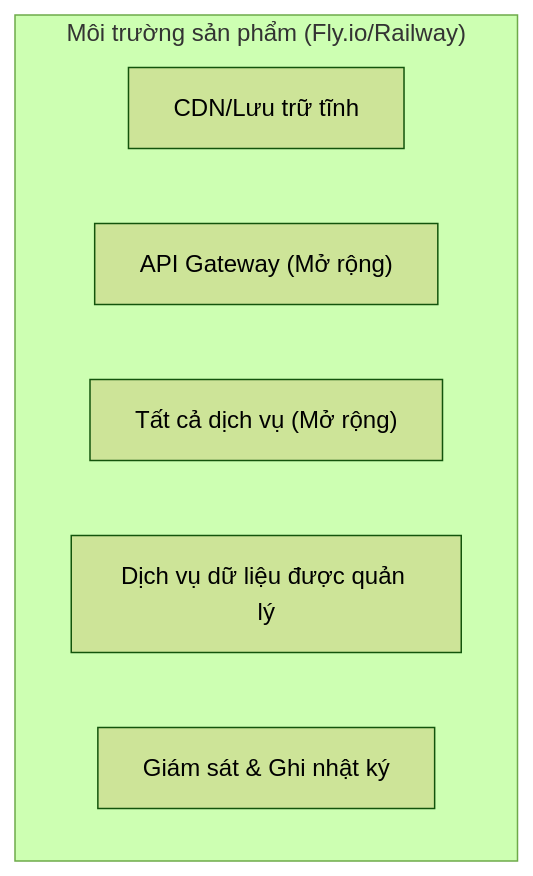
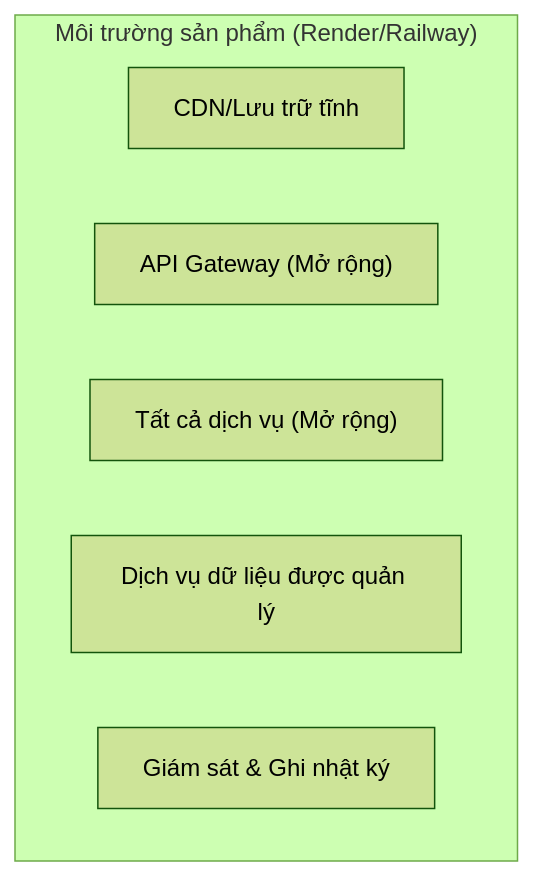
Before and after one commit to dut-pbl6-2026/job-platform-docs: the seventh of 11 diagrams in docs/srs/vi/8-system-architecture.vi.md, drawn with Mermaid (forest theme). The commit also changed other lines of this file and 11 other files, not shown here.

First line of the commit message:
docs: PBL6-16 backlog 1-2-3 + Fly→Render jp-* + 6 PG strict (#6)

````diff
--- a/docs/srs/vi/8-system-architecture.vi.md
+++ b/docs/srs/vi/8-system-architecture.vi.md
@@ -390,10 +390,10 @@
 ```mermaid
 flowchart TB
-    subgraph Production["Môi trường sản phẩm (Fly.io/Railway)"]
+    subgraph Production["Môi trường sản phẩm (Render/Railway)"]
         CDN["CDN/Lưu trữ tĩnh"]
         Gateway["API Gateway (Mở rộng)"]
         Services["Tất cả dịch vụ (Mở rộng)"]
         Data["Dịch vụ dữ liệu được quản lý"]
         Monitor["Giám sát & Ghi nhật ký"]
     end
 ```
````
